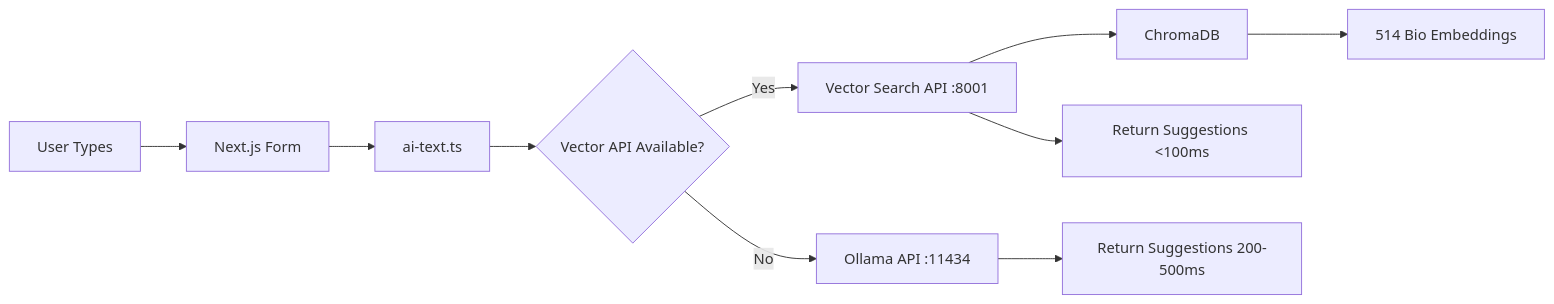
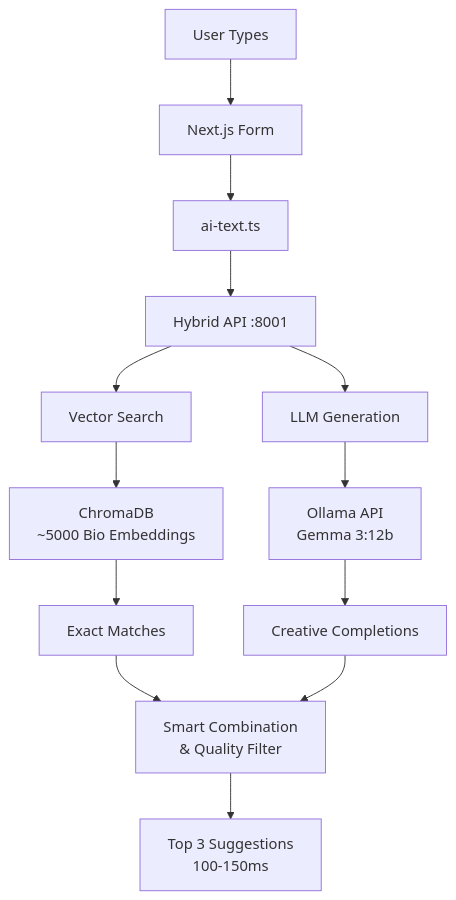
One commit to alfredoizdev/ai-autocomplete-form changed the diagram in progress-overview.md. Above: the diagram before and after it, drawn with Mermaid. The commit also changed other lines of this file and 3 other files, not shown here.

````diff
--- a/progress-overview.md
+++ b/progress-overview.md
@@ -42,12 +42,15 @@
 ```mermaid
-graph LR
+graph TB
     A[User Types] --> B[Next.js Form]
     B --> C[ai-text.ts]
-    C --> D{Vector API Available?}
-    D -->|Yes| E[Vector Search API :8001]
-    D -->|No| F[Ollama API :11434]
-    E --> G[ChromaDB]
-    G --> H[514 Bio Embeddings]
-    E --> I[Return Suggestions <100ms]
-    F --> J[Return Suggestions 200-500ms]
+    C --> D[Hybrid API :8001]
+    D --> E[Vector Search]
+    D --> F[LLM Generation]
+    E --> G[ChromaDB<br/>~5000 Bio Embeddings]
+    F --> H[Ollama API<br/>Gemma 3:12b]
+    G --> I[Exact Matches]
+    H --> J[Creative Completions]
+    I --> K[Smart Combination<br/>& Quality Filter]
+    J --> K
+    K --> L[Top 3 Suggestions<br/>100-150ms]
 ```
````
